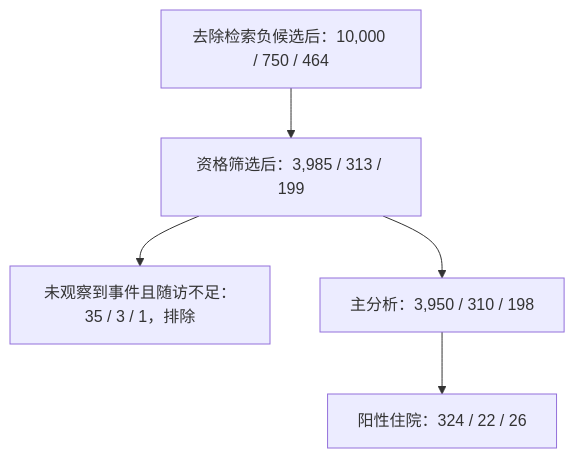
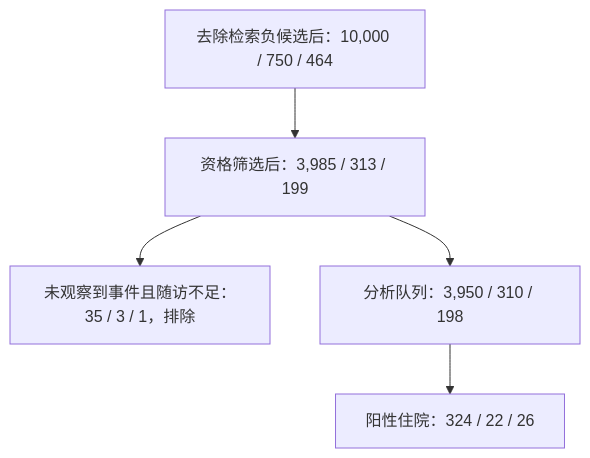
Before and after one commit to JosephXmo/dlcv-26f-g23-project: the first of 2 diagrams in REPORT.md, drawn with Mermaid. The commit also changed other lines of this file, not shown here.

````diff
--- a/REPORT.md
+++ b/REPORT.md
@@ -17,7 +13,7 @@
 ```mermaid
 flowchart TD
     A["去除检索负候选后：10,000 / 750 / 464"] --> B["资格筛选后：3,985 / 313 / 199"]
     B --> C["未观察到事件且随访不足：35 / 3 / 1，排除"]
-    B --> D["主分析：3,950 / 310 / 198"]
+    B --> D["分析队列：3,950 / 310 / 198"]
     D --> E["阳性住院：324 / 22 / 26"]
 ```
````
